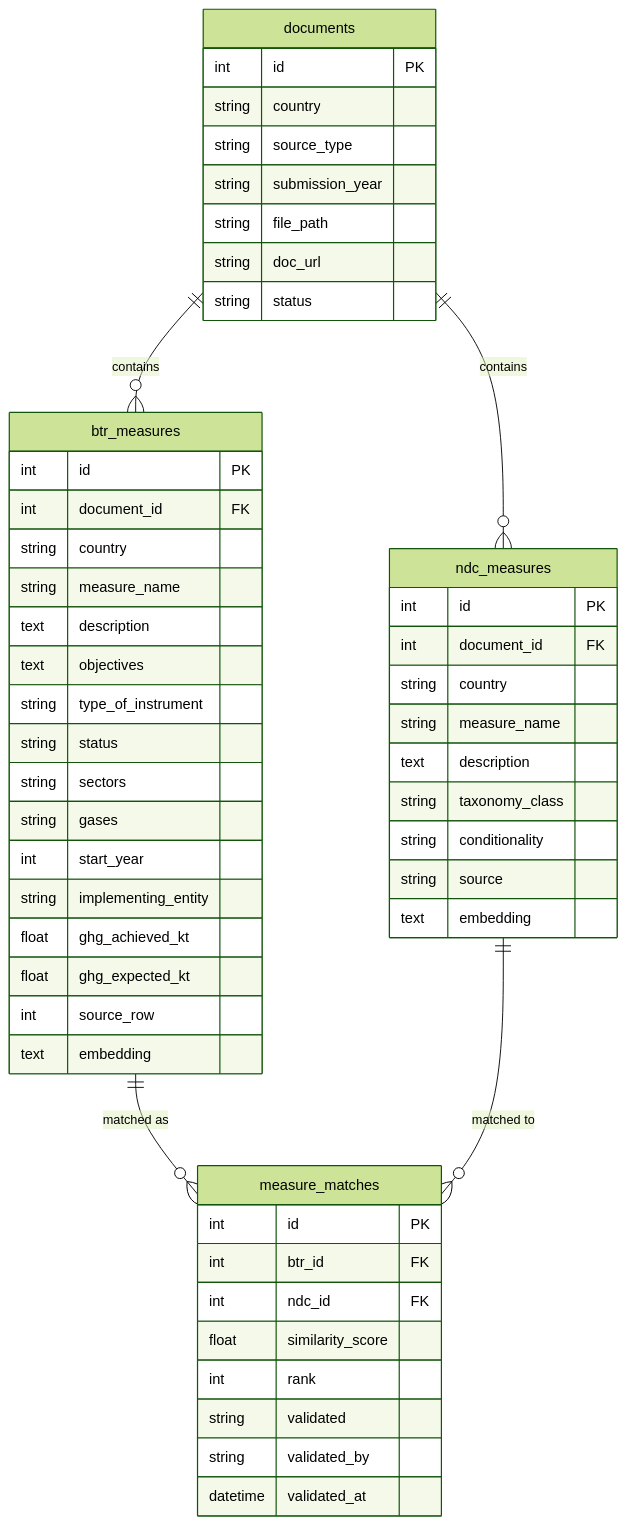
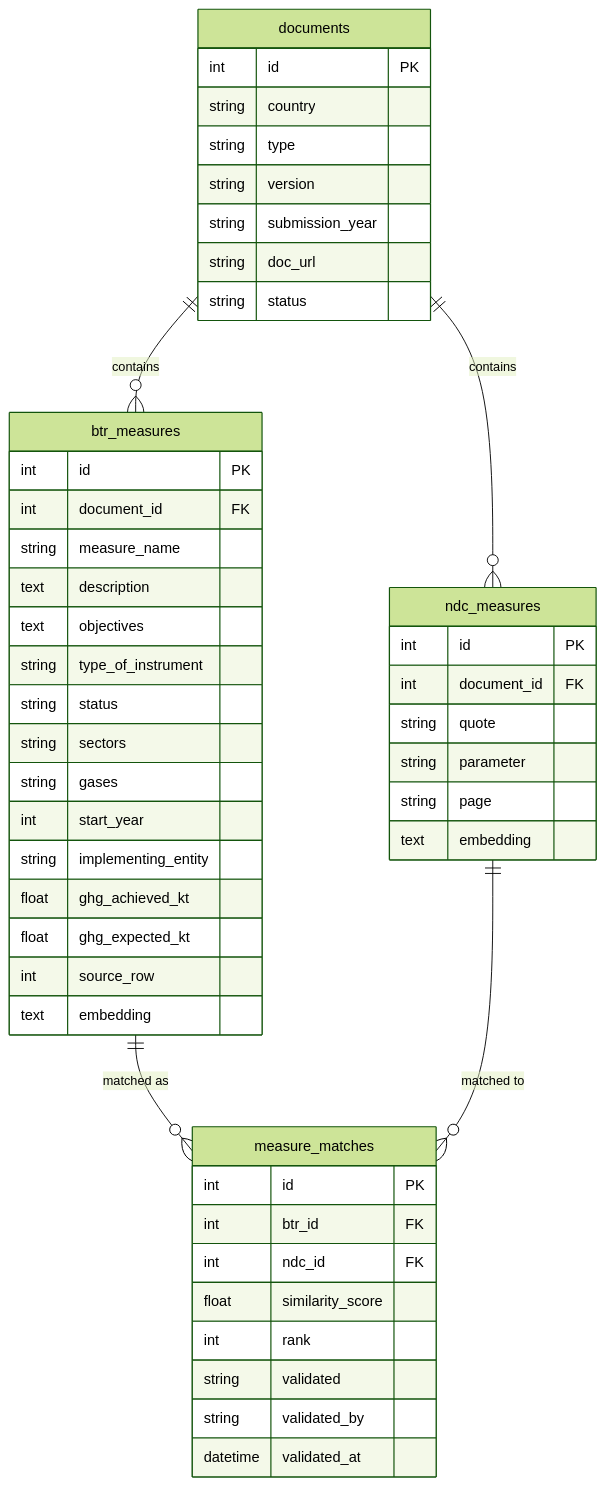
The diagram in README.md (Changing-Transport/btr-analysis), drawn with Mermaid (forest theme) before and after one commit.

Commit message:
Refactor document schema in README.md

````diff
--- a/README.md
+++ b/README.md
@@ -23,59 +23,55 @@
 ```mermaid
 erDiagram
   documents {
     int id PK
     string country
-    string source_type
+    string type
+    string version
     string submission_year
-    string file_path
     string doc_url
     string status
   }
 
   btr_measures {
     int id PK
     int document_id FK
-    string country
     string measure_name
     text description
     text objectives
     string type_of_instrument
     string status
     string sectors
     string gases
     int start_year
     string implementing_entity
     float ghg_achieved_kt
     float ghg_expected_kt
     int source_row
     text embedding
   }
 
   ndc_measures {
     int id PK
     int document_id FK
-    string country
-    string measure_name
-    text description
-    string taxonomy_class
-    string conditionality
-    string source
+    string quote
+    string parameter
+    string page
     text embedding
   }
 
   measure_matches {
     int id PK
     int btr_id FK
     int ndc_id FK
     float similarity_score
     int rank
     string validated
     string validated_by
     datetime validated_at
   }
 
   documents ||--o{ btr_measures : "contains"
   documents ||--o{ ndc_measures : "contains"
   btr_measures ||--o{ measure_matches : "matched as"
   ndc_measures ||--o{ measure_matches : "matched to"
 ```
````
